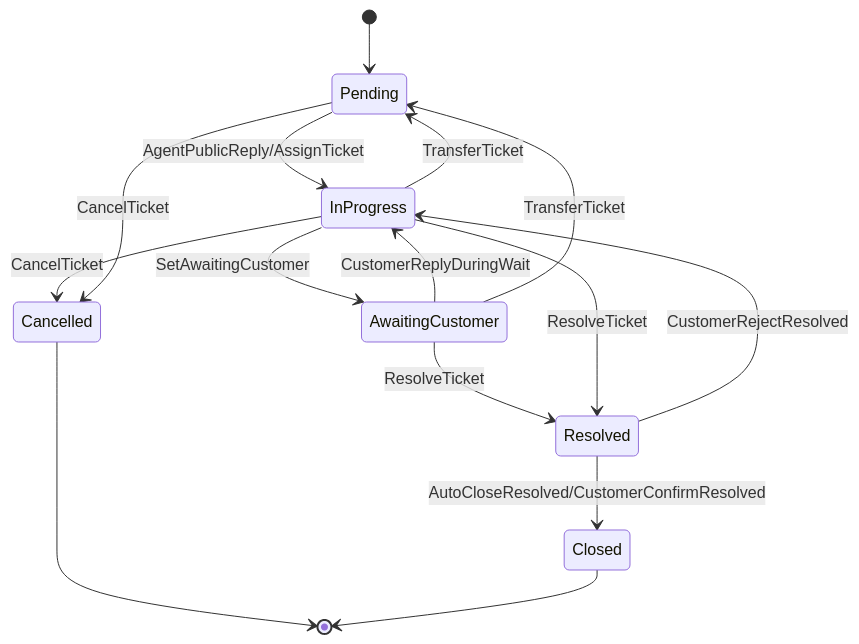
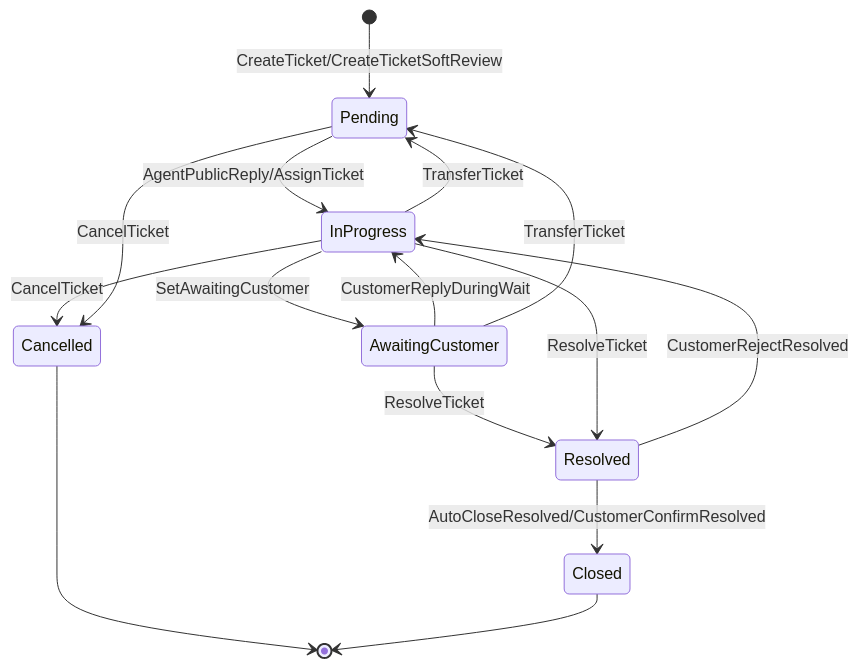
The diagram in examples/viz-demo/ticket/statemachine.mmd (popsicle-lab/intent-lang), drawn with Mermaid before and after one commit. The commit also changed other lines of this file and 21 other files, not shown here.

````diff
--- a/examples/viz-demo/ticket/statemachine.mmd
+++ b/examples/viz-demo/ticket/statemachine.mmd
@@ -1,17 +1,17 @@
 ```mermaid
 stateDiagram-v2
-    [*] --> Pending
+    [*] --> Pending: CreateTicket/CreateTicketSoftReview
     AwaitingCustomer --> InProgress: CustomerReplyDuringWait
     AwaitingCustomer --> Pending: TransferTicket
     AwaitingCustomer --> Resolved: ResolveTicket
     InProgress --> AwaitingCustomer: SetAwaitingCustomer
     InProgress --> Cancelled: CancelTicket
     InProgress --> Pending: TransferTicket
     InProgress --> Resolved: ResolveTicket
     Pending --> Cancelled: CancelTicket
     Pending --> InProgress: AgentPublicReply/AssignTicket
     Resolved --> Closed: AutoCloseResolved/CustomerConfirmResolved
     Resolved --> InProgress: CustomerRejectResolved
     Cancelled --> [*]
     Closed --> [*]
 ```
````
